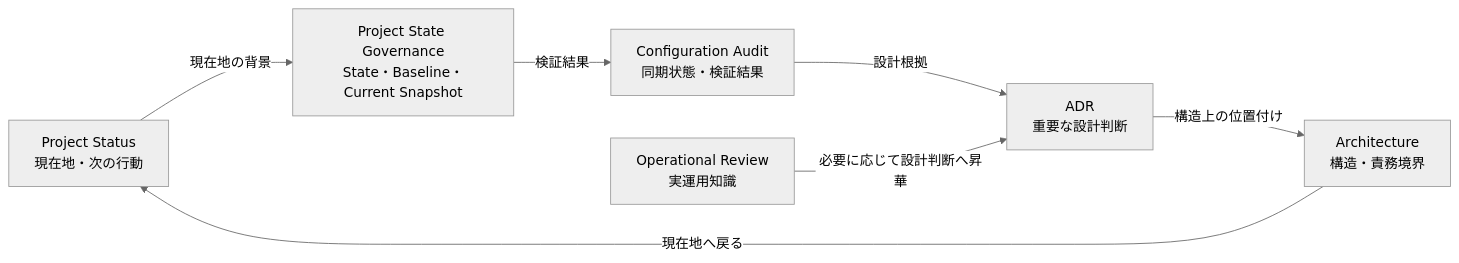
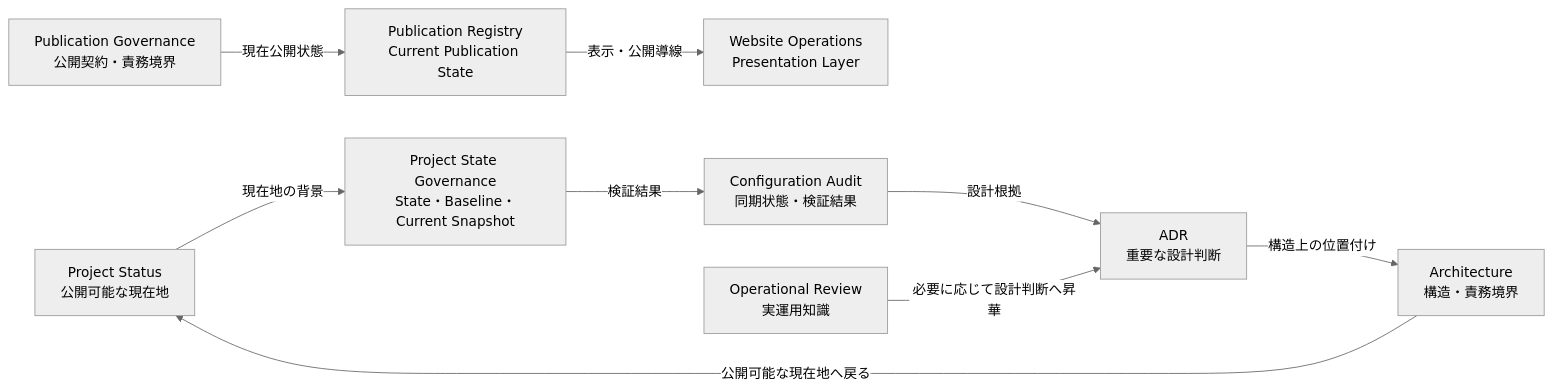
Before and after one commit to fctaityo/fctaityo.github.io: the diagram in docs/public/README-public.md, drawn with Mermaid (neutral theme). The commit also changed other lines of this file, not shown here.

````diff
--- a/docs/public/README-public.md
+++ b/docs/public/README-public.md
@@ -33,16 +39,21 @@
 ```mermaid
 flowchart LR
-    Status["Project Status<br/>現在地・次の行動"]
+    Status["Project Status<br/>公開可能な現在地"]
     ProjectState["Project State Governance<br/>State・Baseline・Current Snapshot"]
+    PublicationGovernance["Publication Governance<br/>公開契約・責務境界"]
+    PublicationRegistry["Publication Registry<br/>Current Publication State"]
+    Website["Website Operations<br/>Presentation Layer"]
     Audit["Configuration Audit<br/>同期状態・検証結果"]
     ADR["ADR<br/>重要な設計判断"]
     Architecture["Architecture<br/>構造・責務境界"]
     Review["Operational Review<br/>実運用知識"]
 
     Status -->|"現在地の背景"| ProjectState
     ProjectState -->|"検証結果"| Audit
+    PublicationGovernance -->|"現在公開状態"| PublicationRegistry
+    PublicationRegistry -->|"表示・公開導線"| Website
     Audit -->|"設計根拠"| ADR
     ADR -->|"構造上の位置付け"| Architecture
     Review -->|"必要に応じて設計判断へ昇華"| ADR
-    Architecture -->|"現在地へ戻る"| Status
+    Architecture -->|"公開可能な現在地へ戻る"| Status
 ```
````
